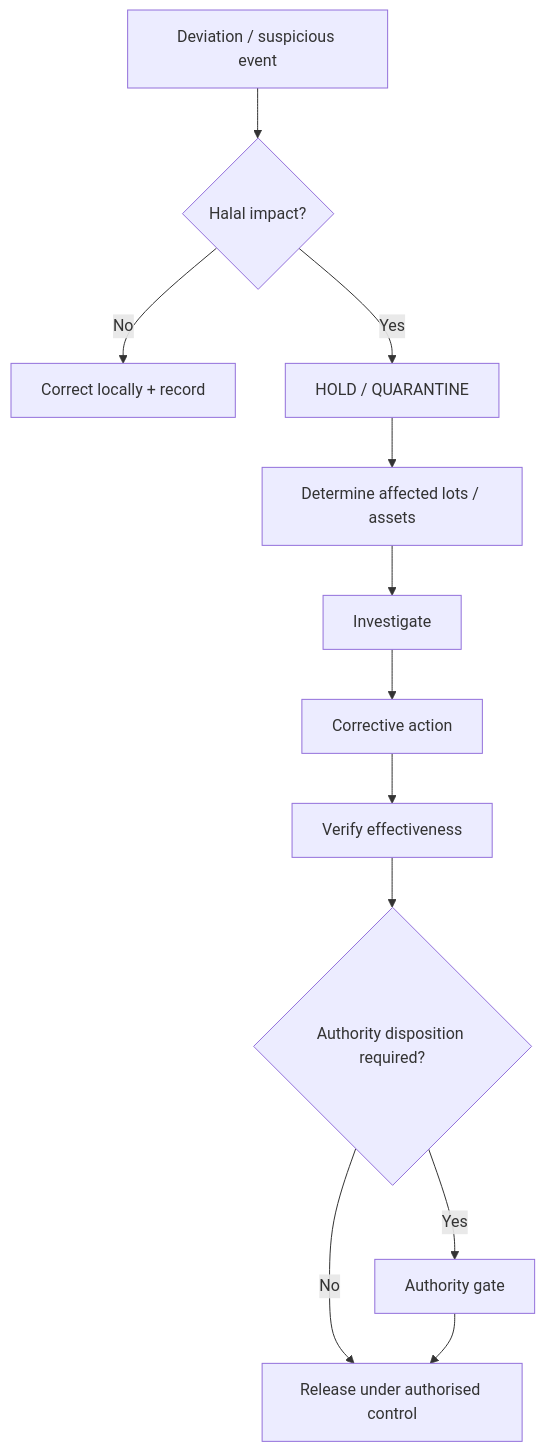
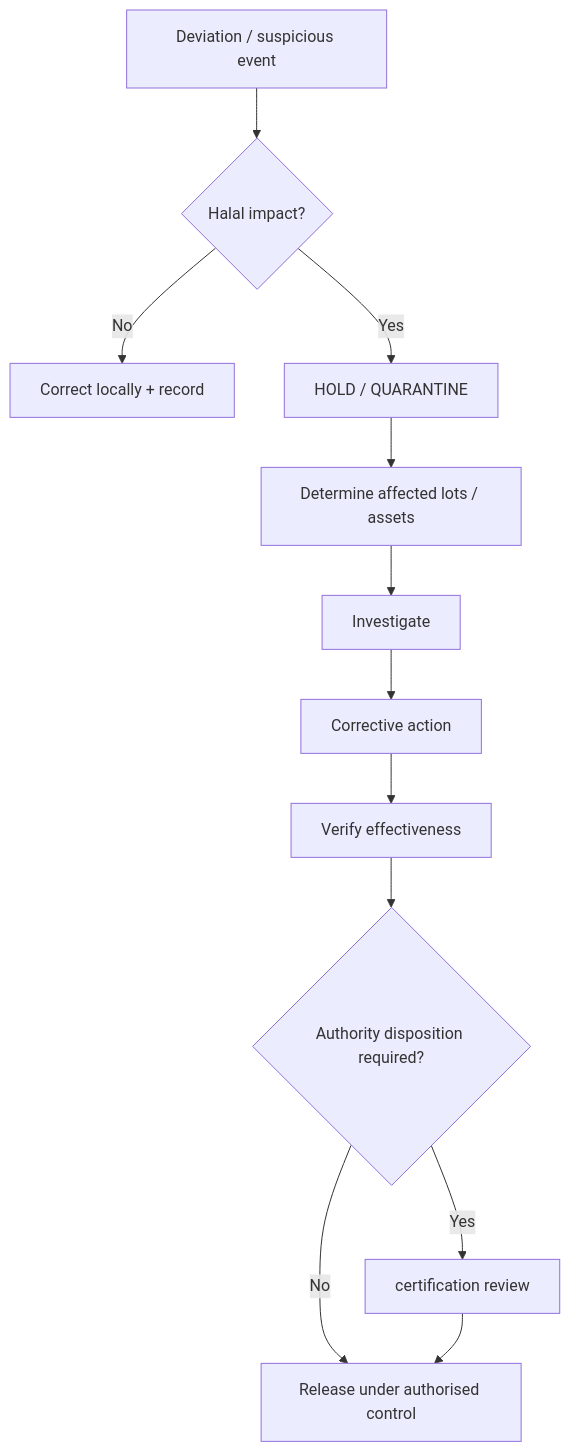
Before and after one commit to mavericken777/GlobalHalalDigitalTrust: the third of 5 diagrams in master-standards-stack/iq300-full-matrix/PROCESS_FLOWS.md, drawn with Mermaid. The commit also changed other lines of this file and 153 other files, not shown here.

Commit message:
Revamp current ecosystem architecture and remove retired project gates

````diff
--- a/master-standards-stack/iq300-full-matrix/PROCESS_FLOWS.md
+++ b/master-standards-stack/iq300-full-matrix/PROCESS_FLOWS.md
@@ -35,14 +35,14 @@
 ```mermaid
 flowchart TD
     X[Deviation / suspicious event] --> H{Halal impact?}
     H -- No --> CORR[Correct locally + record]
     H -- Yes --> HOLD[HOLD / QUARANTINE]
     HOLD --> SCOPE[Determine affected lots / assets]
     SCOPE --> INV[Investigate]
     INV --> CA[Corrective action]
     CA --> VER[Verify effectiveness]
     VER --> AUTH{Authority disposition required?}
     AUTH -- No --> REL[Release under authorised control]
-    AUTH -- Yes --> GATE[Authority gate]
+    AUTH -- Yes --> GATE[certification review]
     GATE --> REL
 ```
````
